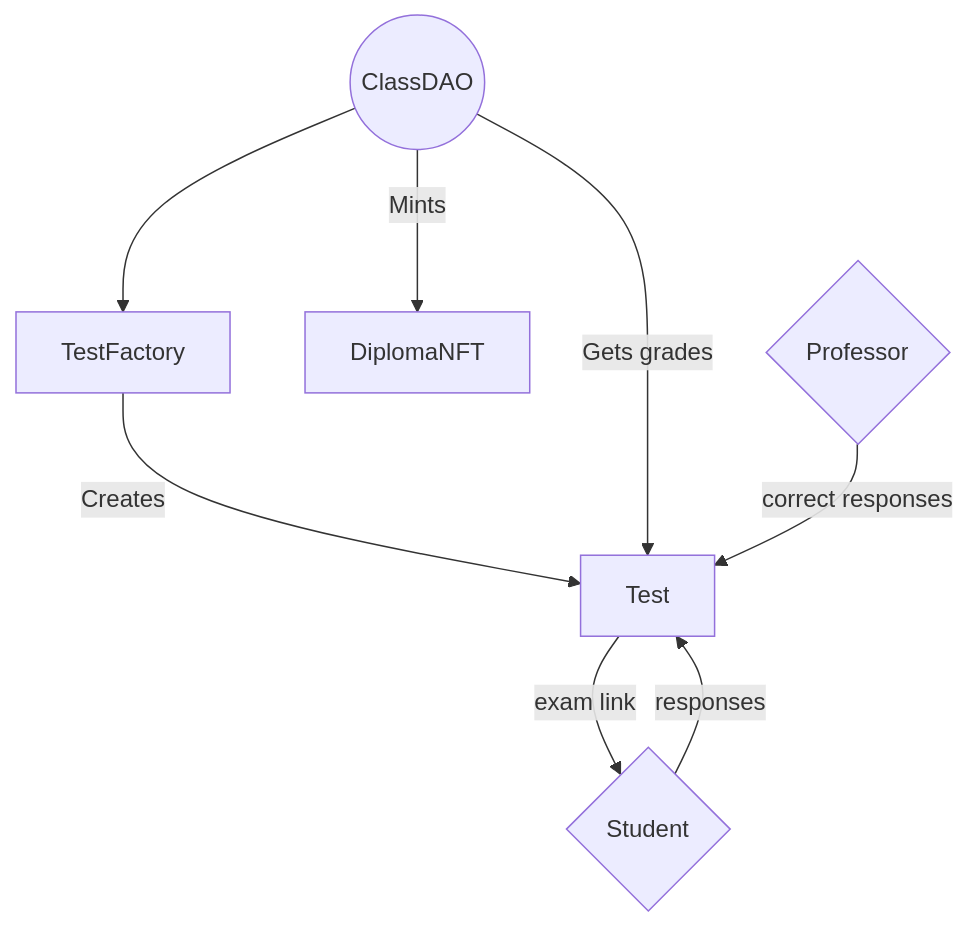
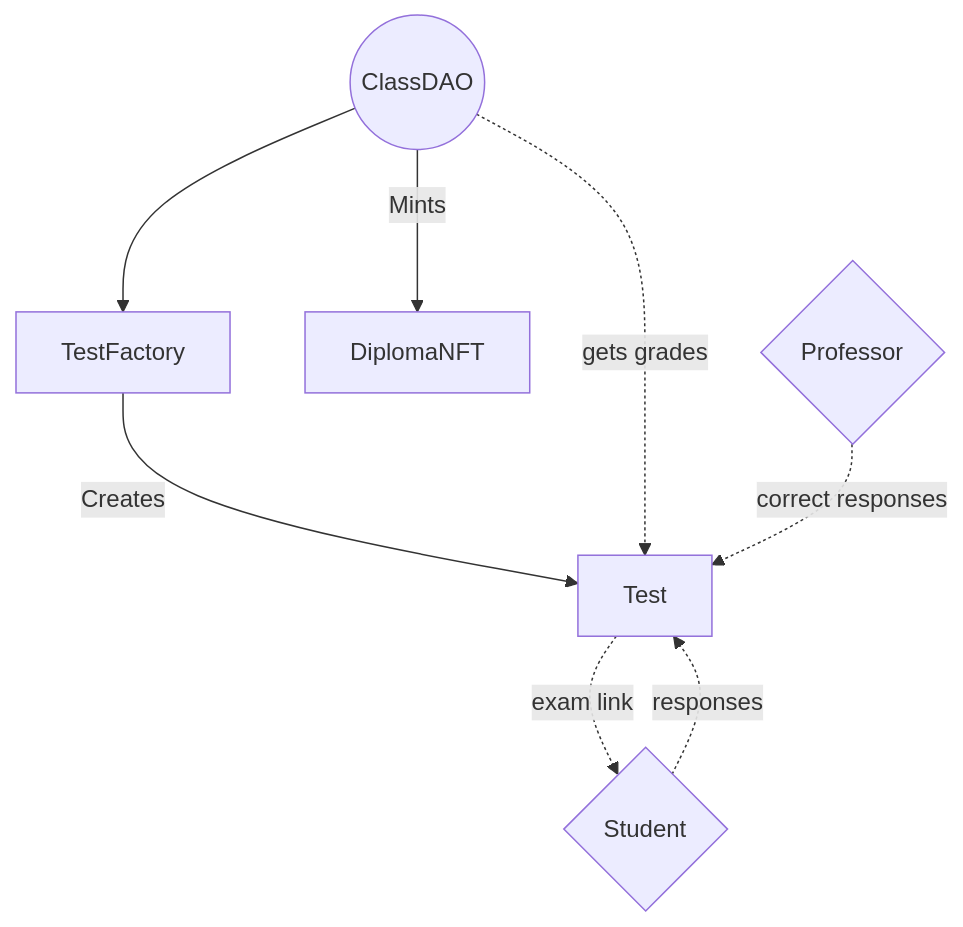
Before and after one commit to krajla/college-class-dao: the diagram in README.md, drawn with Mermaid.

````diff
--- a/README.md
+++ b/README.md
@@ -5,12 +5,12 @@
 ```mermaid
 flowchart TB
 	A((ClassDAO)) --> C[TestFactory]
   A -- Mints --> B[DiplomaNFT]
   C -- Creates --> D[Test]
-  A -- Gets grades --> D
-  D -- exam link --> E{Student}
-  E -- responses --> D
-  F{Professor} -- correct responses --> D
+  A -. gets grades .-> D
+  D -. exam link .-> E{Student}
+  E -. responses .-> D
+  F{Professor} -. correct responses .-> D
   
   
 ```
````
